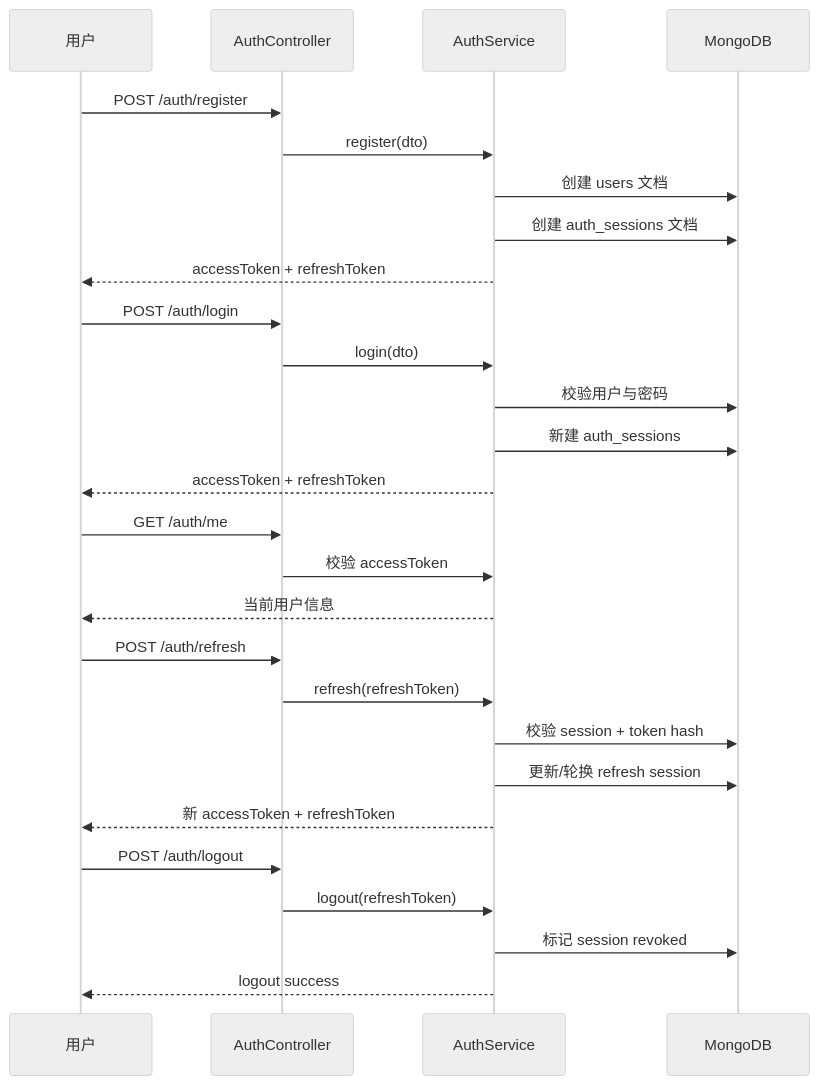
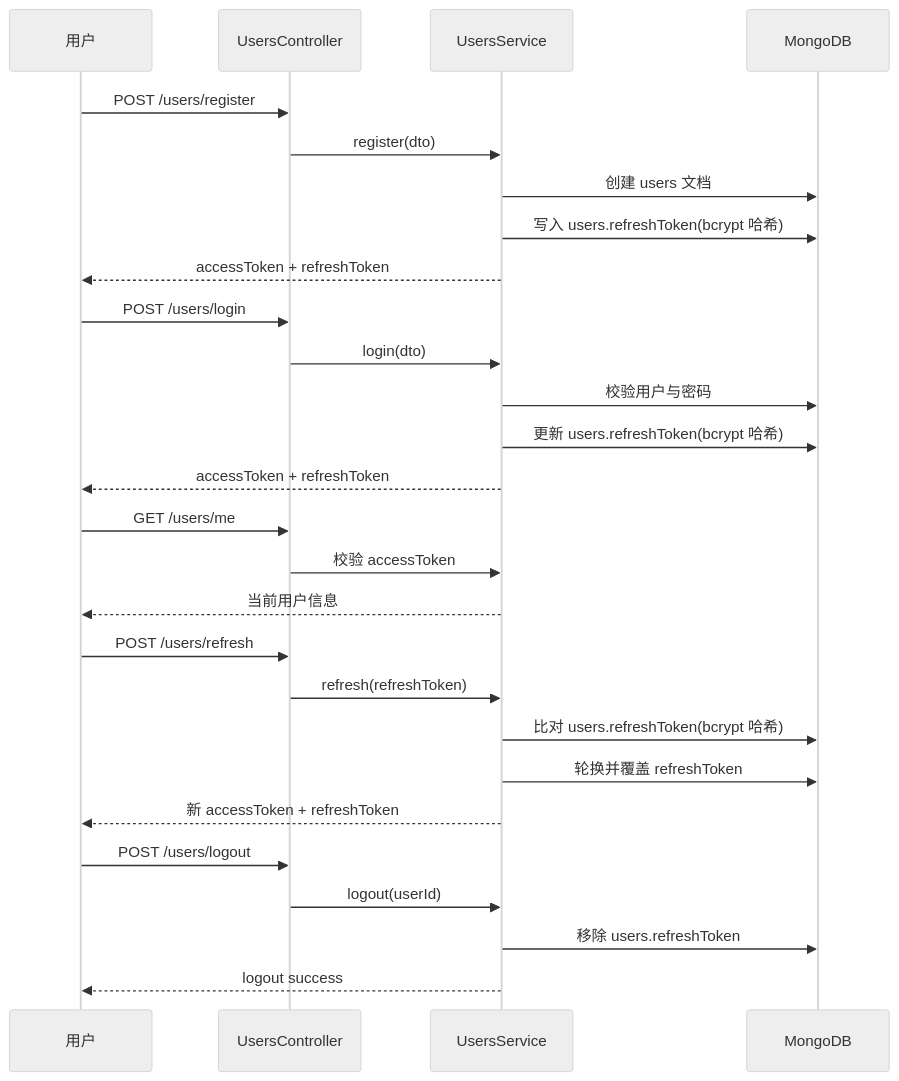
One commit to mik-myp/knowledge-base-api changed the third of 6 diagrams in docs/Nest-MongoDB-LangChain-知识库问答系统-从0到1.md. Above: the diagram before and after it, drawn with Mermaid (neutral theme). The commit also changed other lines of this file and 18 other files, not shown here.

````diff
--- a/docs/Nest-MongoDB-LangChain-知识库问答系统-从0到1.md
+++ b/docs/Nest-MongoDB-LangChain-知识库问答系统-从0到1.md
@@ -393,33 +391,33 @@
 ```mermaid
 sequenceDiagram
     participant U as 用户
-    participant A as AuthController
-    participant S as AuthService
+    participant A as UsersController
+    participant S as UsersService
     participant DB as MongoDB
-    U->>A: POST /auth/register
+    U->>A: POST /users/register
     A->>S: register(dto)
     S->>DB: 创建 users 文档
-    S->>DB: 创建 auth_sessions 文档
+    S->>DB: 写入 users.refreshToken(bcrypt 哈希)
     S-->>U: accessToken + refreshToken
 
-    U->>A: POST /auth/login
+    U->>A: POST /users/login
     A->>S: login(dto)
     S->>DB: 校验用户与密码
-    S->>DB: 新建 auth_sessions
+    S->>DB: 更新 users.refreshToken(bcrypt 哈希)
     S-->>U: accessToken + refreshToken
 
-    U->>A: GET /auth/me
+    U->>A: GET /users/me
     A->>S: 校验 accessToken
     S-->>U: 当前用户信息
 
-    U->>A: POST /auth/refresh
+    U->>A: POST /users/refresh
     A->>S: refresh(refreshToken)
-    S->>DB: 校验 session + token hash
-    S->>DB: 更新/轮换 refresh session
+    S->>DB: 比对 users.refreshToken(bcrypt 哈希)
+    S->>DB: 轮换并覆盖 refreshToken
     S-->>U: 新 accessToken + refreshToken
 
-    U->>A: POST /auth/logout
-    A->>S: logout(refreshToken)
-    S->>DB: 标记 session revoked
+    U->>A: POST /users/logout
+    A->>S: logout(userId)
+    S->>DB: 移除 users.refreshToken
     S-->>U: logout success
 ```
````
